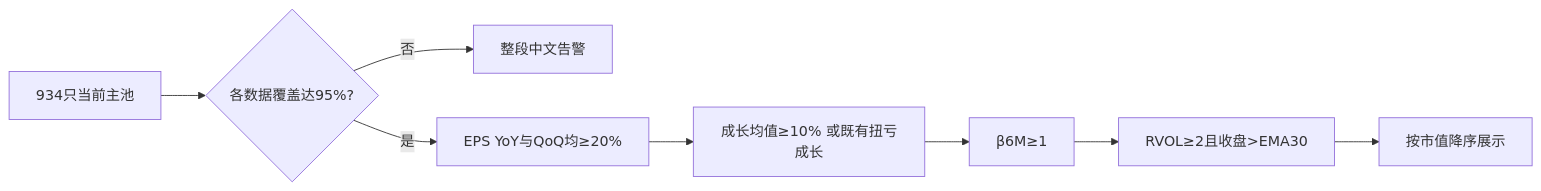
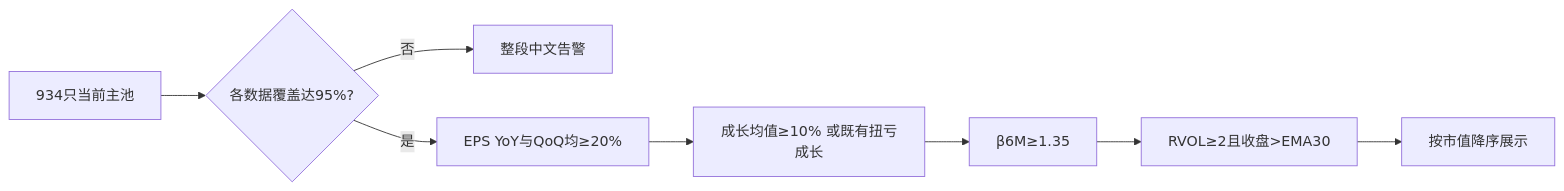
The second of 2 diagrams in docs/plans/2026-09-06-selection-compass-thresholds-beta.md (owenliang60-ship-it/finance), drawn with Mermaid before and after one commit. The commit also changed other lines of this file and 4 other files, not shown here.

````diff
--- a/docs/plans/2026-09-06-selection-compass-thresholds-beta.md
+++ b/docs/plans/2026-09-06-selection-compass-thresholds-beta.md
@@ -30,10 +30,10 @@
 ```mermaid
 flowchart LR
     Universe[934只当前主池] --> Ready{各数据覆盖达95%?}
     Ready -- 否 --> Warn[整段中文告警]
     Ready -- 是 --> EPS[EPS YoY与QoQ均≥20%]
     EPS --> Growth[成长均值≥10% 或既有扭亏成长]
-    Growth --> BetaGate[β6M≥1]
+    Growth --> BetaGate[β6M≥1.35]
     BetaGate --> Price[RVOL≥2且收盘>EMA30]
     Price --> Result[按市值降序展示]
 ```
````
